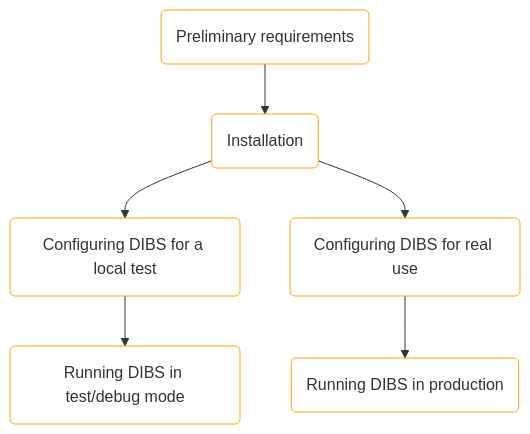
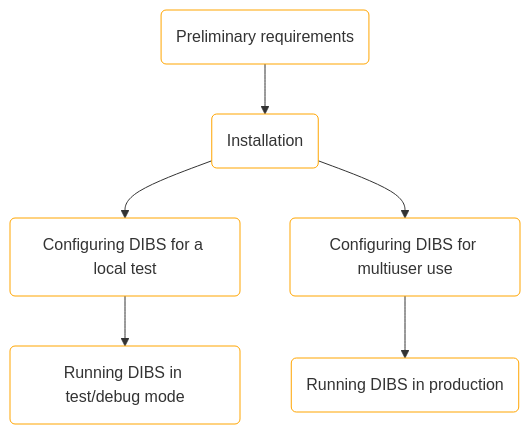
One commit to caltechlibrary/dibs changed the diagram in docs/installation.md. Above: the diagram before and after it, drawn with Mermaid. The commit also changed other lines of this file, not shown here.

Commit message:
Finish instructions for setting up multiuser case

````diff
--- a/docs/installation.md
+++ b/docs/installation.md
@@ -7,24 +7,24 @@
 ```{mermaid}
 flowchart TD;
   node1(Preliminary requirements)-->node2(Installation);
 
   node2-->node3(Configuring DIBS for a local test);
-  node2-->node4(Configuring DIBS for real use);
+  node2-->node4(Configuring DIBS for multiuser use);
 
   node3-->node5(Running DIBS in test/debug mode);
   node4-->node6(Running DIBS in production);
 
   style node1 fill:white, stroke:orange;
   style node2 fill:white, stroke:orange;
   style node3 fill:white, stroke:orange;
   style node4 fill:white, stroke:orange;
   style node5 fill:white, stroke:orange;
   style node6 fill:white, stroke:orange;
 
   click node1 "/dibs/installation.html#preliminary-requirements" _self;
   click node2 "/dibs/installation.html#installation" _self;
-  click node3 "/dibs/installation.html#setting-up-dibs-for-a-local-test" _self;
-  click node4 "/dibs/installation.html#setting-up-dibs-for-real-use" _self;
+  click node3 "/dibs/installation.html#configuring-dibs-for-a-local-test" _self;
+  click node4 "/dibs/installation.html#configuring-dibs-for-multiuser-use" _self;
   click node5 "/dibs/installation.html#running-dibs-locally" _self;
   click node6 "/dibs/installation.html#running-dibs-in-production" _self;
 ```
````
